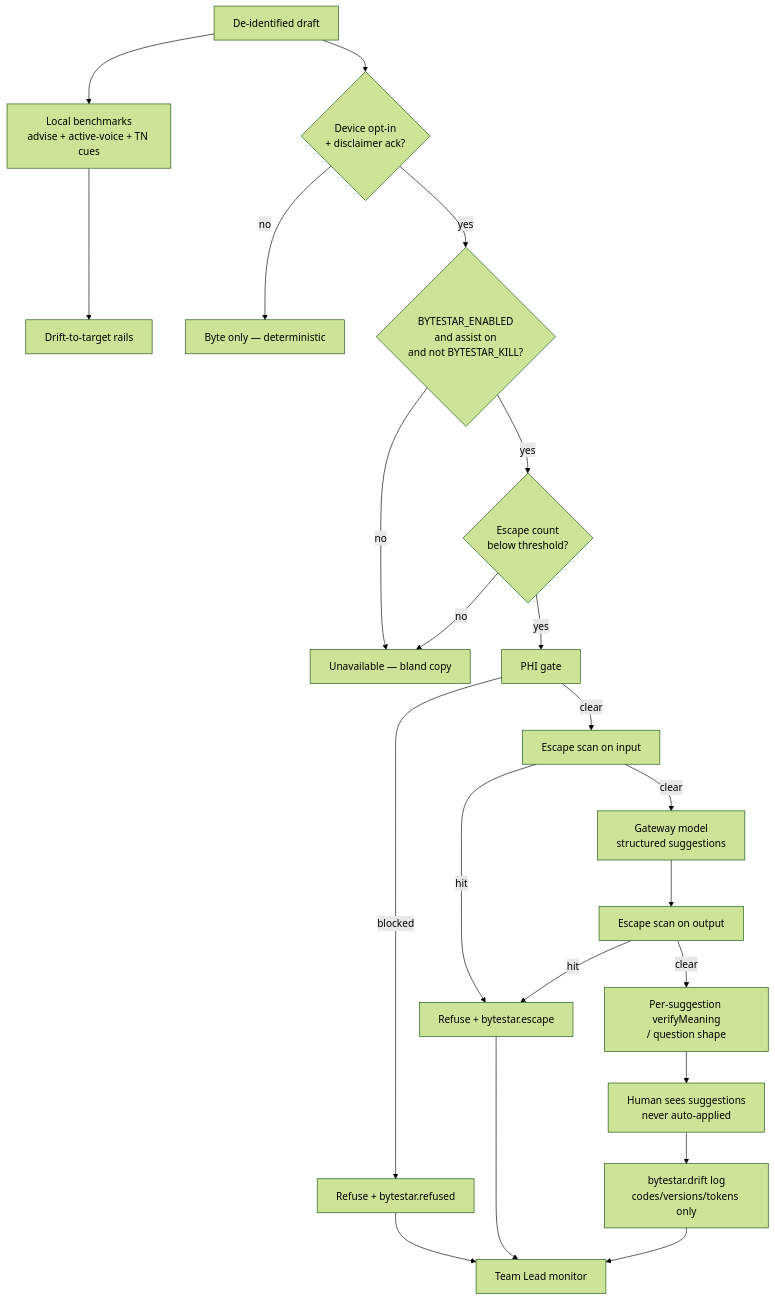
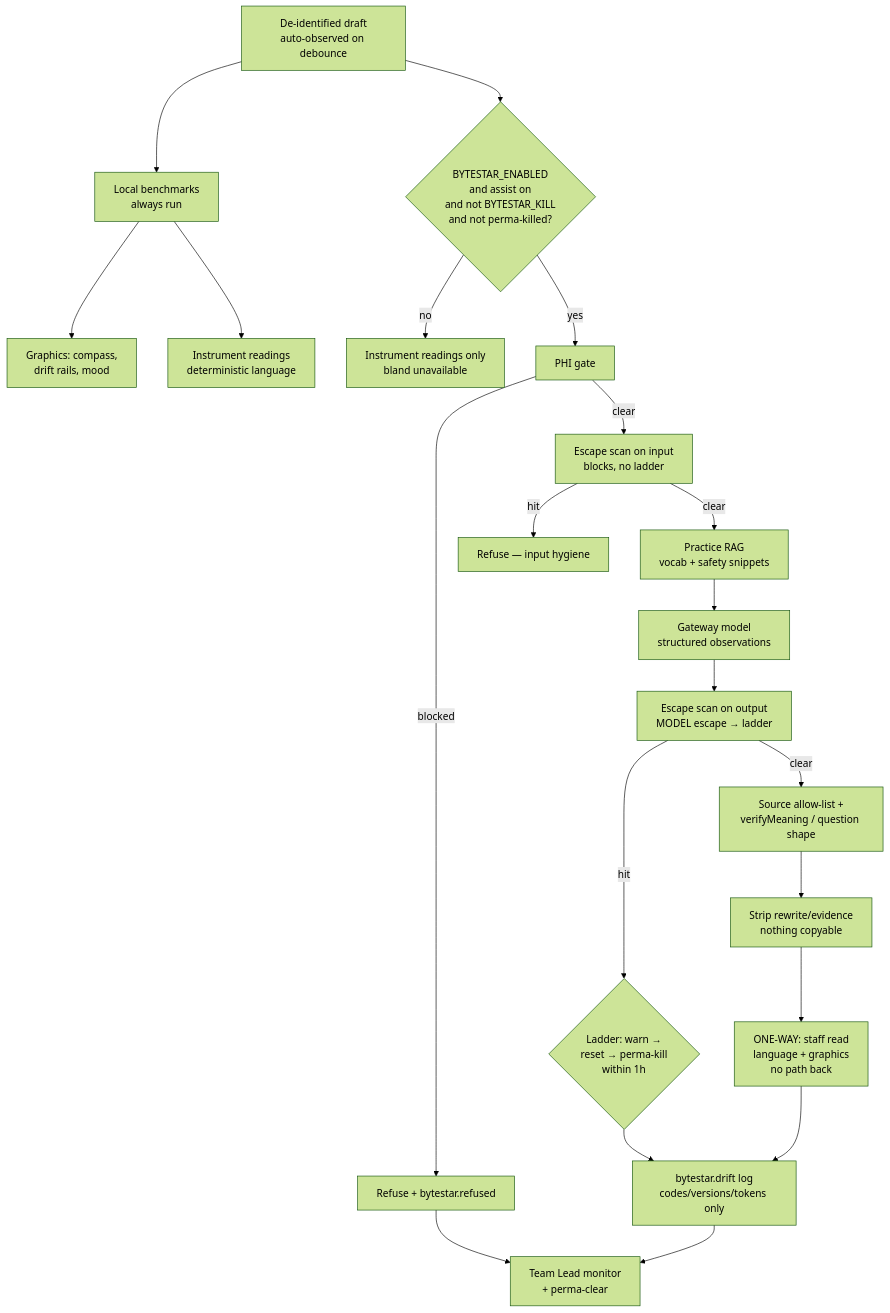
Before and after one commit to CatCorner22/dental: the diagram in docs/bytestar-architect-audit.md, drawn with Mermaid (forest theme). The commit also changed 1 other file, not shown here.

Commit message:
ByteStar cleanup: dead opt-in store removed, architecture diagram matches reality
The per-device opt-in preference machinery became dead code the moment
ByteStar went one-way — there is nothing to opt into when staff cannot
interact with the panel at all. prefs.ts now holds only the owner's verbatim
disclaimer, which renders under the panel for every reader instead of hiding
behind a checkbox nobody re-reads.

The architect audit's mermaid diagram was still drawing the retired opt-in
flow; it now shows the shipped pipeline: auto-observe on debounce, always-on
local gauges and instrument readings, RAG before the model, input escapes
blocking without the ladder, model escapes climbing warn -> reset ->
perma-kill, rewrite/evidence stripped before the one-way display.

Verified live against the production build in Firefox: with the gateway
failing, instrument readings took over the language channel exactly as
designed, and the failed call landed on the Team Lead monitor as a
transparent model-error drift row with onCourse=60 stamped.

````diff
--- a/docs/bytestar-architect-audit.md
+++ b/docs/bytestar-architect-audit.md
@@ -25,24 +25,23 @@
 ```mermaid
 flowchart TD
-  draft[De-identified draft] --> local[Local benchmarks<br/>advise + active-voice + TN cues]
-  draft --> opt{Device opt-in<br/>+ disclaimer ack?}
-  opt -->|no| byteOnly[Byte only — deterministic]
-  opt -->|yes| door{BYTESTAR_ENABLED<br/>and assist on<br/>and not BYTESTAR_KILL?}
-  door -->|no| bland[Unavailable — bland copy]
-  door -->|yes| soft{Escape count<br/>below threshold?}
-  soft -->|no| bland
-  soft -->|yes| phi[PHI gate]
+  draft[De-identified draft<br/>auto-observed on debounce] --> local[Local benchmarks<br/>always run]
+  local --> gauges[Graphics: compass,<br/>drift rails, mood]
+  local --> inst[Instrument readings<br/>deterministic language]
+  draft --> door{BYTESTAR_ENABLED<br/>and assist on<br/>and not BYTESTAR_KILL<br/>and not perma-killed?}
+  door -->|no| instOnly[Instrument readings only<br/>bland unavailable]
+  door -->|yes| phi[PHI gate]
   phi -->|blocked| refusePhi[Refuse + bytestar.refused]
-  phi -->|clear| inEsc[Escape scan on input]
-  inEsc -->|hit| refuseEsc[Refuse + bytestar.escape]
-  inEsc -->|clear| model[Gateway model<br/>structured suggestions]
-  model --> outEsc[Escape scan on output]
-  outEsc -->|hit| refuseEsc
-  outEsc -->|clear| verify[Per-suggestion verifyMeaning<br/>/ question shape]
-  verify --> human[Human sees suggestions<br/>never auto-applied]
+  phi -->|clear| inEsc[Escape scan on input<br/>blocks, no ladder]
+  inEsc -->|hit| refuseIn[Refuse — input hygiene]
+  inEsc -->|clear| rag[Practice RAG<br/>vocab + safety snippets]
+  rag --> model[Gateway model<br/>structured observations]
+  model --> outEsc[Escape scan on output<br/>MODEL escape → ladder]
+  outEsc -->|hit| ladder{Ladder: warn →<br/>reset → perma-kill<br/>within 1h}
+  outEsc -->|clear| verify[Source allow-list +<br/>verifyMeaning / question shape]
+  verify --> strip[Strip rewrite/evidence<br/>nothing copyable]
+  strip --> human[ONE-WAY: staff read<br/>language + graphics<br/>no path back]
   human --> log[bytestar.drift log<br/>codes/versions/tokens only]
-  refuseEsc --> lead[Team Lead monitor]
-  refusePhi --> lead
+  ladder --> log
+  refusePhi --> lead[Team Lead monitor<br/>+ perma-clear]
   log --> lead
-  local --> gauges[Drift-to-target rails]
 ```
````
